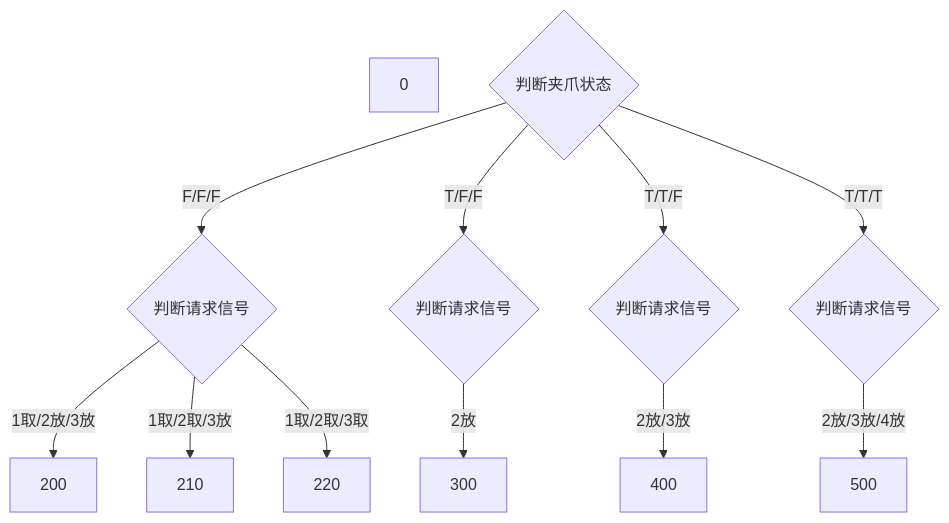
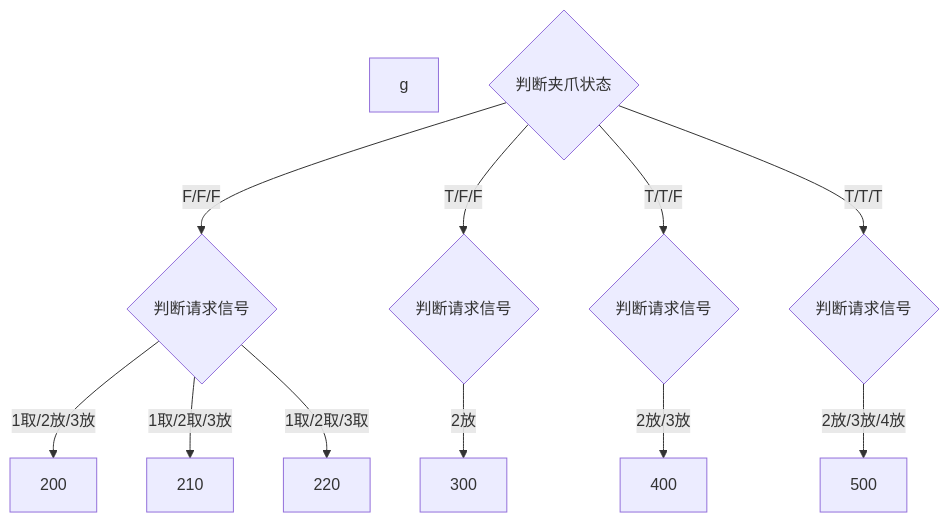
One commit to zmq000/iodraw-files changed the diagram in all/未命名.md. Above: the diagram before and after it, drawn with Mermaid.

Commit message:
2026-06-18 15:47:59 update

````diff
--- a/all/未命名.md
+++ b/all/未命名.md
@@ -1,15 +1,15 @@
 ```mermaid
 graph TD
-0
+0[g]
 10{判断夹爪状态}-->|F/F/F|20
 10-->|T/F/F|30
 10-->|T/T/F|40
 10-->|T/T/T|50
 
 20{判断请求信号}-->|1取/2放/3放|200
 20-->|1取/2取/3放|210
 20-->|1取/2取/3取|220
 30{判断请求信号}-->|2放|300
 40{判断请求信号}-->|2放/3放|400
 50{判断请求信号}-->|2放/3放/4放|500
 ```
````
